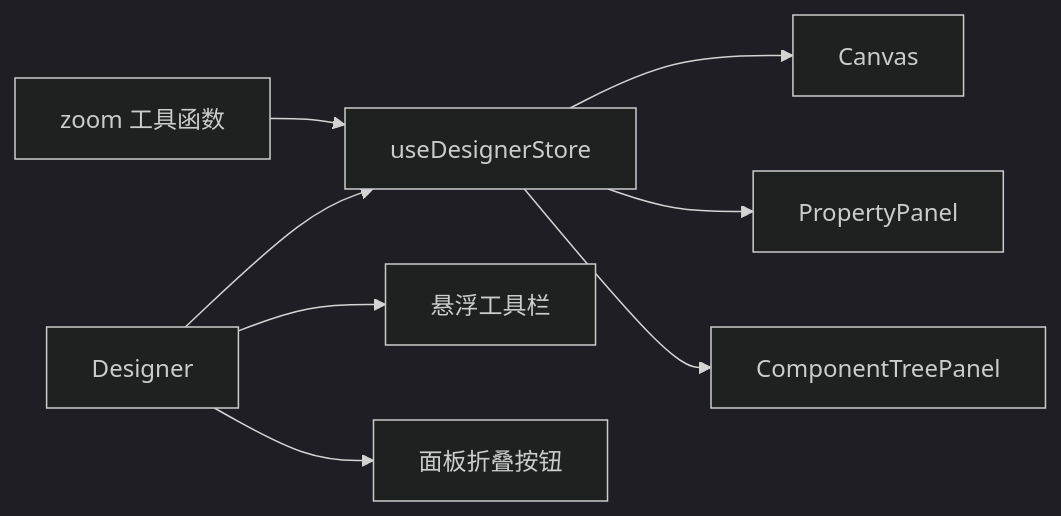
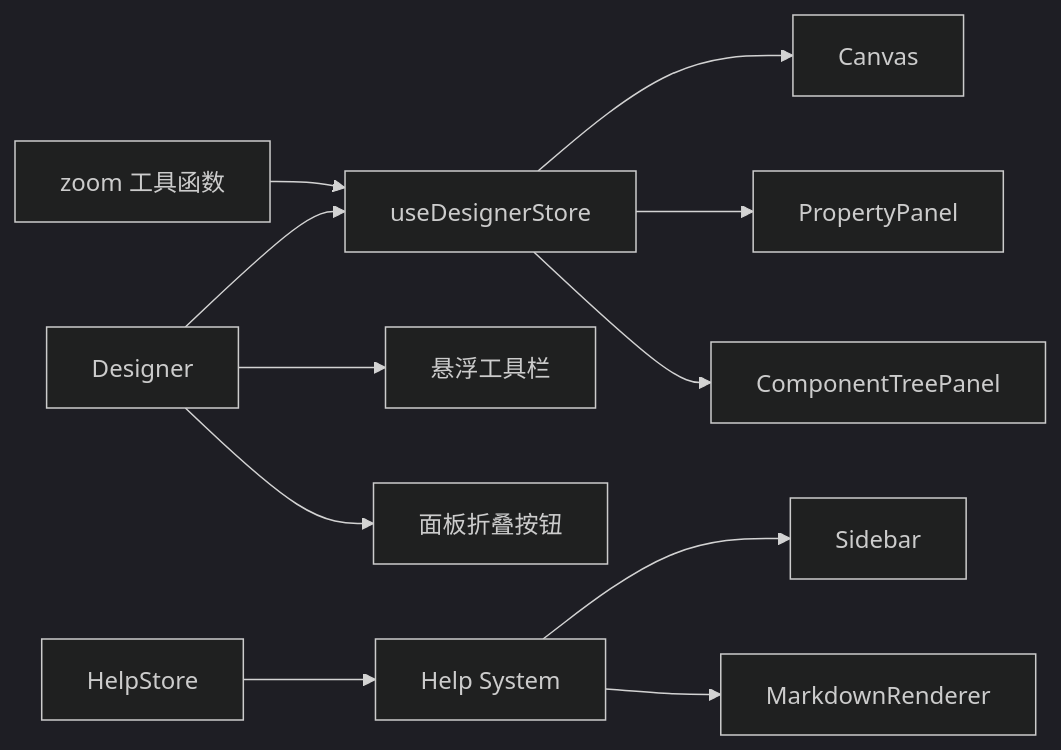
One commit to joker-yjc/printer changed the seventh of 7 diagrams in .qoder/repowiki/zh/content/设计器使用指南/界面布局与导航.md. Above: the diagram before and after it, drawn with Mermaid (dark theme). The commit also changed other lines of this file and 97 other files, not shown here.

````diff
--- a/.qoder/repowiki/zh/content/设计器使用指南/界面布局与导航.md
+++ b/.qoder/repowiki/zh/content/设计器使用指南/界面布局与导航.md
@@ -288,10 +370,13 @@
 ```mermaid
 graph LR
 ST["useDesignerStore"] --> CAN["Canvas"]
 ST --> PP["PropertyPanel"]
 ST --> CT["ComponentTreePanel"]
 DZ["Designer"] --> ST
 DZ --> FZ["悬浮工具栏"]
 DZ --> FC["面板折叠按钮"]
 ZF["zoom 工具函数"] --> ST
+HS["HelpStore"] --> H["Help System"]
+H --> SB["Sidebar"]
+H --> MR["MarkdownRenderer"]
 ```
````
